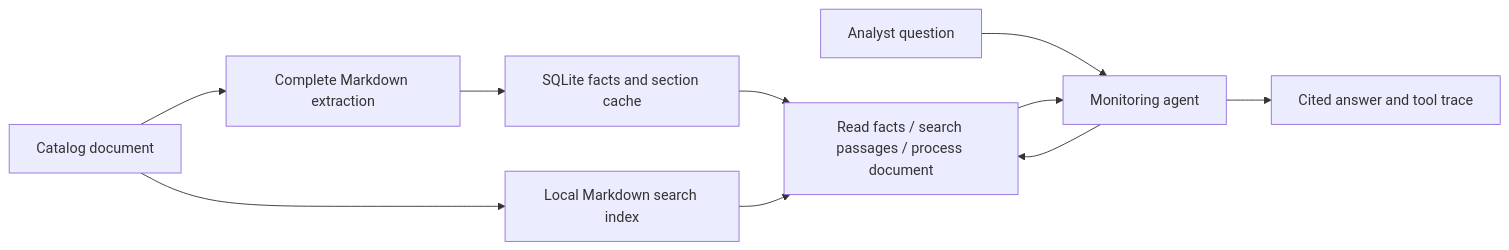
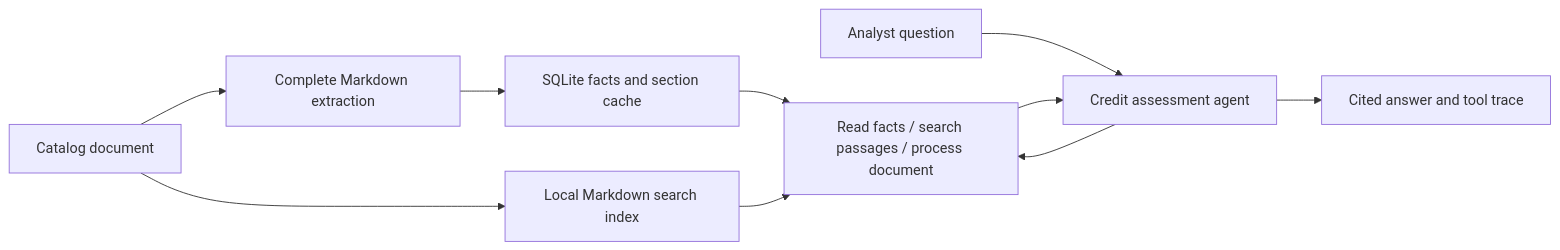
The diagram in docs/document_processing.md (brunopiresr/capstone-ai-private-credit), drawn with Mermaid before and after one commit. The commit also changed other lines of this file and 13 other files, not shown here.

Commit message:
Extend credit assessment agent with calculation and prediction tools

````diff
--- a/docs/document_processing.md
+++ b/docs/document_processing.md
@@ -8,12 +8,12 @@
 ```mermaid
 flowchart LR
     D[Catalog document] --> P[Complete Markdown extraction]
     P --> DB[SQLite facts and section cache]
     D --> I[Local Markdown search index]
-    Q[Analyst question] --> A[Monitoring agent]
+    Q[Analyst question] --> A[Credit assessment agent]
     A --> T[Read facts / search passages / process document]
     DB --> T
     I --> T
     T --> A
     A --> R[Cited answer and tool trace]
 ```
````
